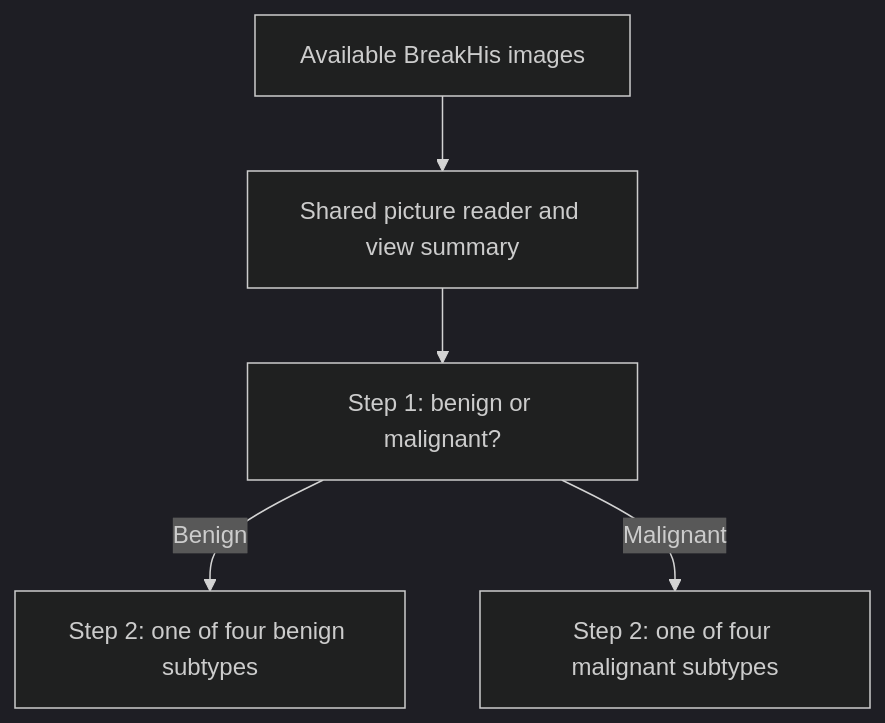
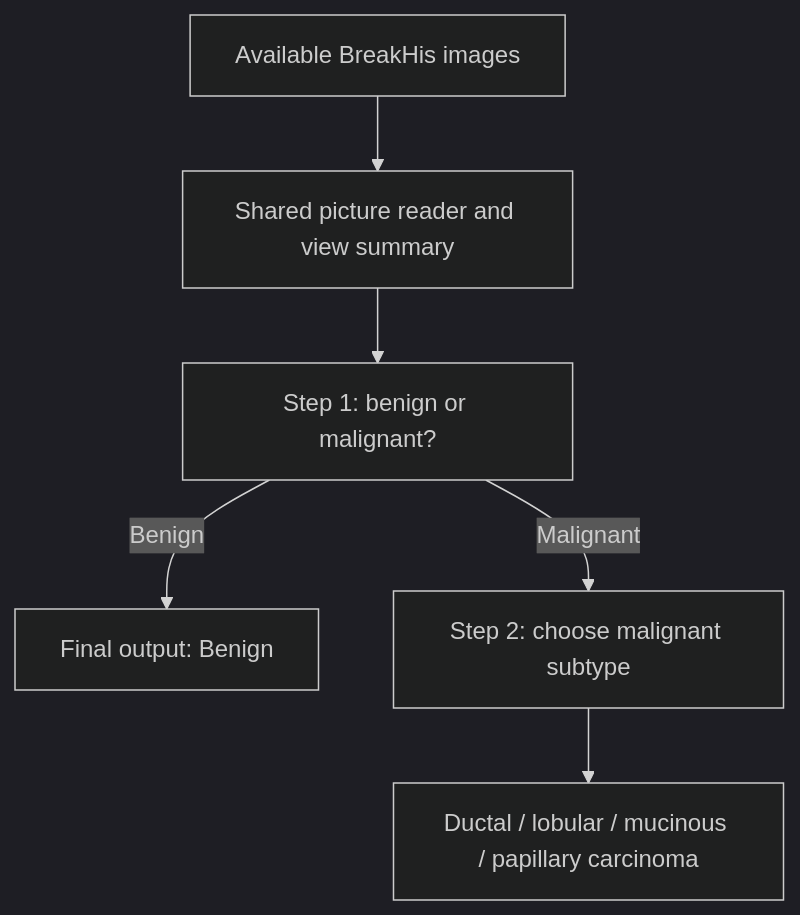
The diagram in docs/DUAL_STEP_SCOPE.md (Sahith59/MagSet-Histo), drawn with Mermaid (dark theme) before and after one commit. The commit also changed other lines of this file and 8 other files, not shown here.

Commit message:
docs: correct dual-step target to benign plus four malignant types

````diff
--- a/docs/DUAL_STEP_SCOPE.md
+++ b/docs/DUAL_STEP_SCOPE.md
@@ -19,7 +9,8 @@
 ```mermaid
 flowchart TD
   A[Available BreakHis images] --> B[Shared picture reader and view summary]
   B --> C[Step 1: benign or malignant?]
-  C -->|Benign| D[Step 2: one of four benign subtypes]
-  C -->|Malignant| E[Step 2: one of four malignant subtypes]
+  C -->|Benign| D[Final output: Benign]
+  C -->|Malignant| E[Step 2: choose malignant subtype]
+  E --> F[Ductal / lobular / mucinous / papillary carcinoma]
 ```
````
